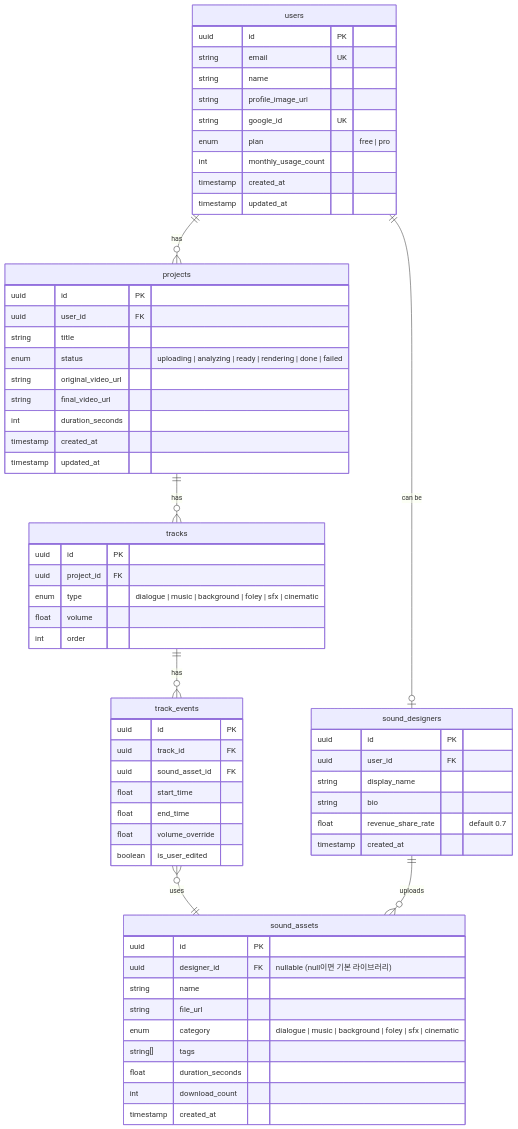
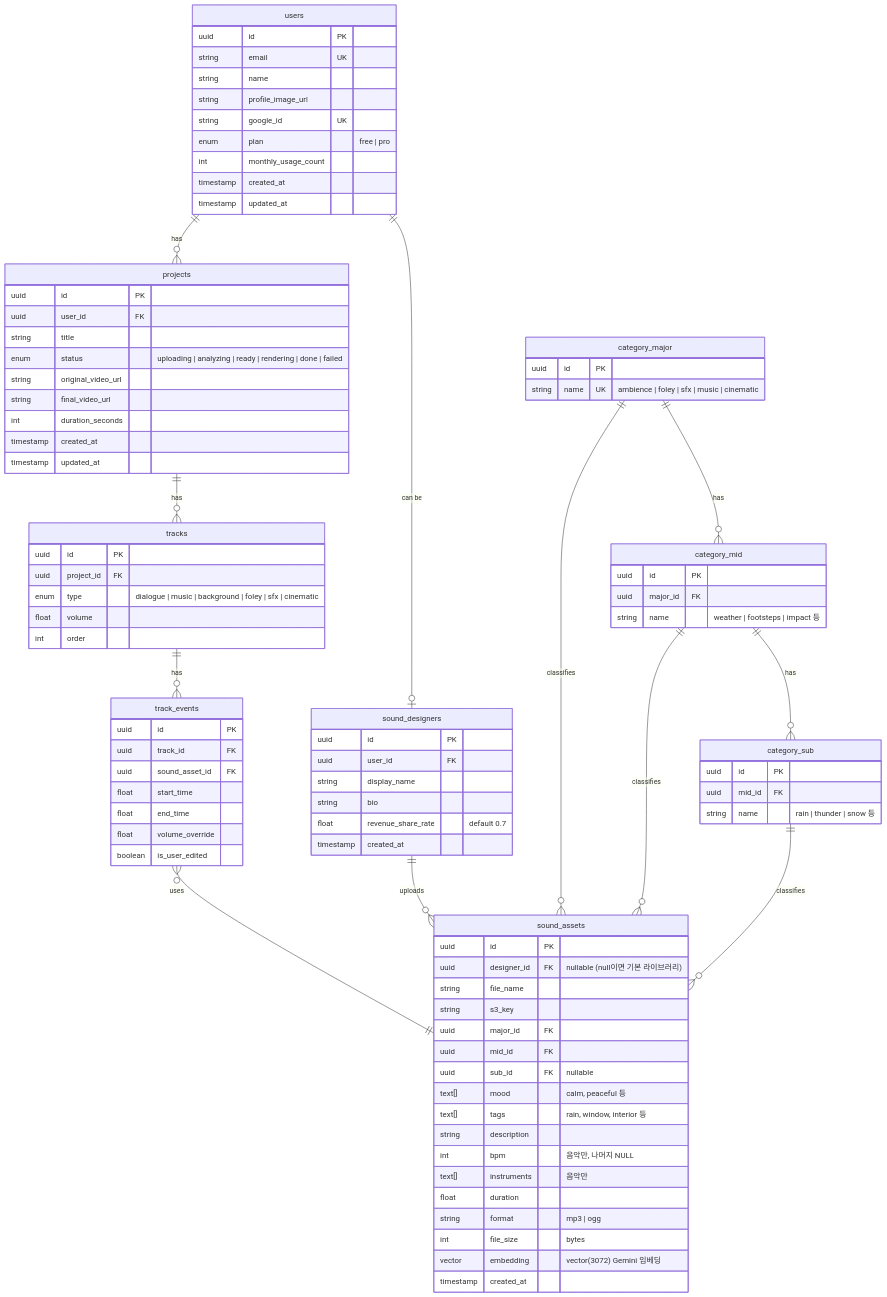
One commit to 4azin/ausori_audio_PoC changed the diagram in back/03_erd.md. Above: the diagram before and after it, drawn with Mermaid. The commit also changed other lines of this file, not shown here.

Commit message:
docs(erd): update sound_assets with category hierarchy and embeddings
- 3단계 분류 테이블 추가 (category_major/mid/sub)
- sound_assets에 s3_key, mood, description, bpm, instruments, format, file_size, embedding 추가
- 기존 category enum을 FK 기반 분류 체계로 변경

````diff
--- a/back/03_erd.md
+++ b/back/03_erd.md
@@ -46,15 +46,40 @@
         boolean is_user_edited
     }
 
+    category_major {
+        uuid id PK
+        string name UK "ambience | foley | sfx | music | cinematic"
+    }
+
+    category_mid {
+        uuid id PK
+        uuid major_id FK
+        string name "weather | footsteps | impact 등"
+    }
+
+    category_sub {
+        uuid id PK
+        uuid mid_id FK
+        string name "rain | thunder | snow 등"
+    }
+
     sound_assets {
         uuid id PK
         uuid designer_id FK "nullable (null이면 기본 라이브러리)"
-        string name
-        string file_url
-        enum category "dialogue | music | background | foley | sfx | cinematic"
-        string[] tags
-        float duration_seconds
-        int download_count
+        string file_name
+        string s3_key
+        uuid major_id FK
+        uuid mid_id FK
+        uuid sub_id FK "nullable"
+        text[] mood "calm, peaceful 등"
+        text[] tags "rain, window, interior 등"
+        string description
+        int bpm "음악만, 나머지 NULL"
+        text[] instruments "음악만"
+        float duration
+        string format "mp3 | ogg"
+        int file_size "bytes"
+        vector embedding "vector(3072) Gemini 임베딩"
         timestamp created_at
     }
 
@@ -73,4 +98,9 @@
     tracks ||--o{ track_events : "has"
     track_events }o--|| sound_assets : "uses"
     sound_designers ||--o{ sound_assets : "uploads"
+    category_major ||--o{ category_mid : "has"
+    category_mid ||--o{ category_sub : "has"
+    category_major ||--o{ sound_assets : "classifies"
+    category_mid ||--o{ sound_assets : "classifies"
+    category_sub ||--o{ sound_assets : "classifies"
 ```
````
